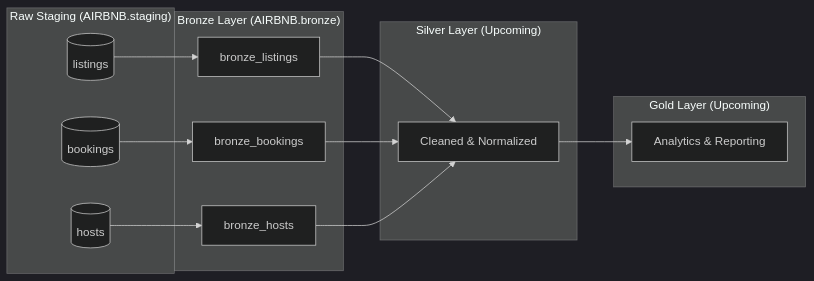
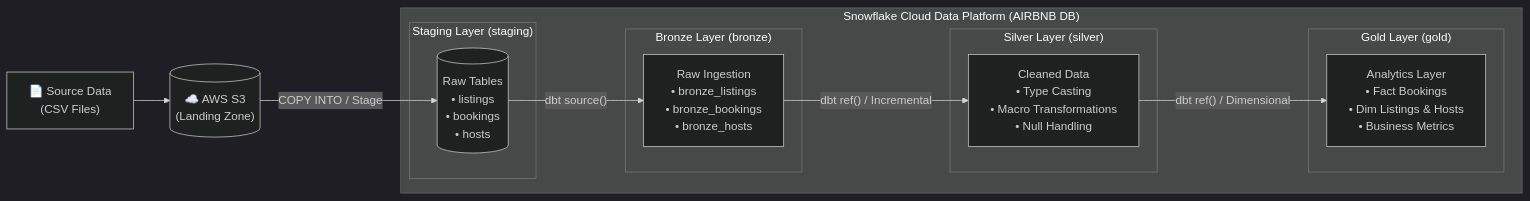
The diagram in README.md (jimaaa17/airbnb-snowflake-dbt-pipeline), drawn with Mermaid (dark theme) before and after one commit. The commit also changed other lines of this file, not shown here.

Commit message:
docs: update architecture diagram with S3 and Snowflake data flow

````diff
--- a/README.md
+++ b/README.md
@@ -19,30 +28,29 @@
 ```mermaid
 flowchart LR
-    subgraph Staging ["Raw Staging (AIRBNB.staging)"]
-        S1[(listings)]
-        S2[(bookings)]
-        S3[(hosts)]
+    CSV["📄 Source Data<br/>(CSV Files)"]
+    S3[("☁️ AWS S3<br/>(Landing Zone)")]
+    
+    subgraph Snowflake ["Snowflake Cloud Data Platform (AIRBNB DB)"]
+        subgraph Staging ["Staging Layer (staging)"]
+            RAW[("Raw Tables<br/>• listings<br/>• bookings<br/>• hosts")]
+        end
+
+        subgraph Bronze ["Bronze Layer (bronze)"]
+            BRZ["Raw Ingestion<br/>• bronze_listings<br/>• bronze_bookings<br/>• bronze_hosts"]
+        end
+
+        subgraph Silver ["Silver Layer (silver)"]
+            SLV["Cleaned Data<br/>• Type Casting<br/>• Macro Transformations<br/>• Null Handling"]
+        end
+
+        subgraph Gold ["Gold Layer (gold)"]
+            GLD["Analytics Layer<br/>• Fact Bookings<br/>• Dim Listings & Hosts<br/>• Business Metrics"]
+        end
     end
 
-    subgraph Bronze ["Bronze Layer (AIRBNB.bronze)"]
-        B1[bronze_listings]
-        B2[bronze_bookings]
-        B3[bronze_hosts]
-    end
-
-    subgraph Silver ["Silver Layer (Upcoming)"]
-        SL1[Cleaned & Normalized]
-    end
-
-    subgraph Gold ["Gold Layer (Upcoming)"]
-        GL1[Analytics & Reporting]
-    end
-
-    S1 --> B1
-    S2 --> B2
-    S3 --> B3
-    B1 --> SL1
-    B2 --> SL1
-    B3 --> SL1
-    SL1 --> GL1
+    CSV --> S3
+    S3 -->|"COPY INTO / Stage"| RAW
+    RAW -->|"dbt source()"| BRZ
+    BRZ -->|"dbt ref() / Incremental"| SLV
+    SLV -->|"dbt ref() / Dimensional"| GLD
 ```
````
